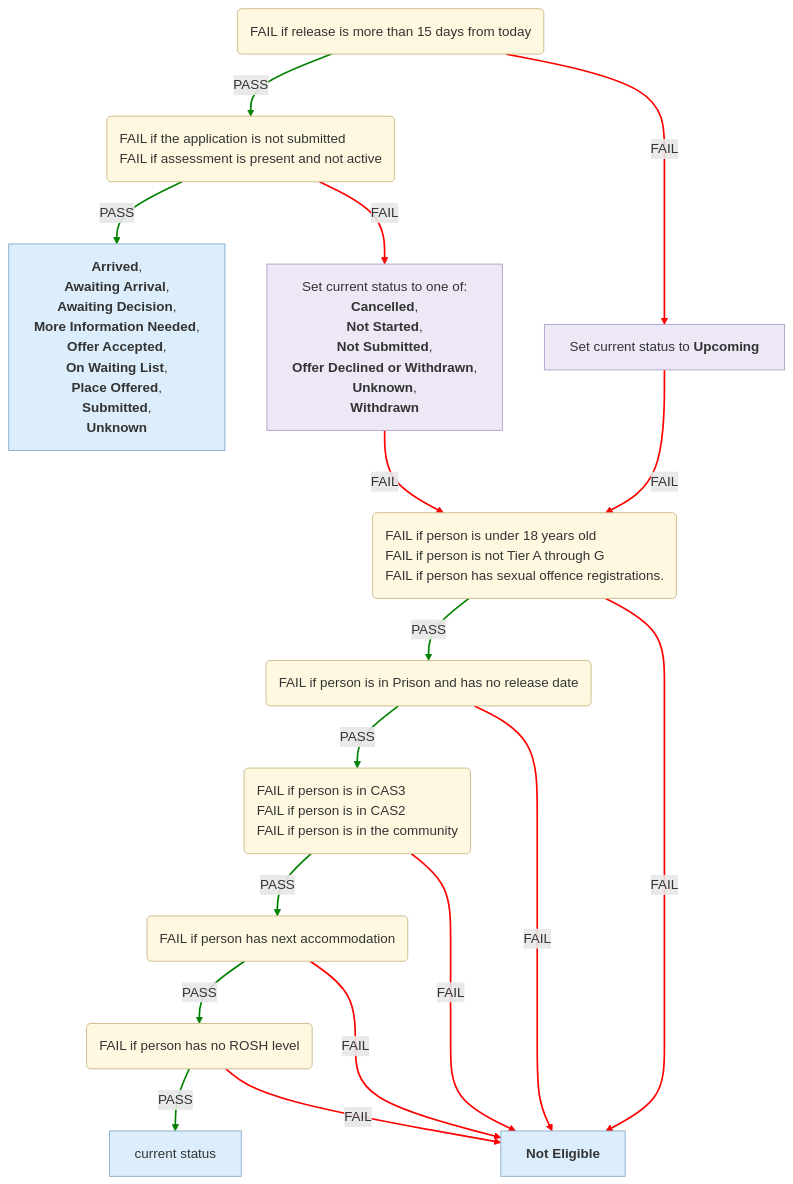
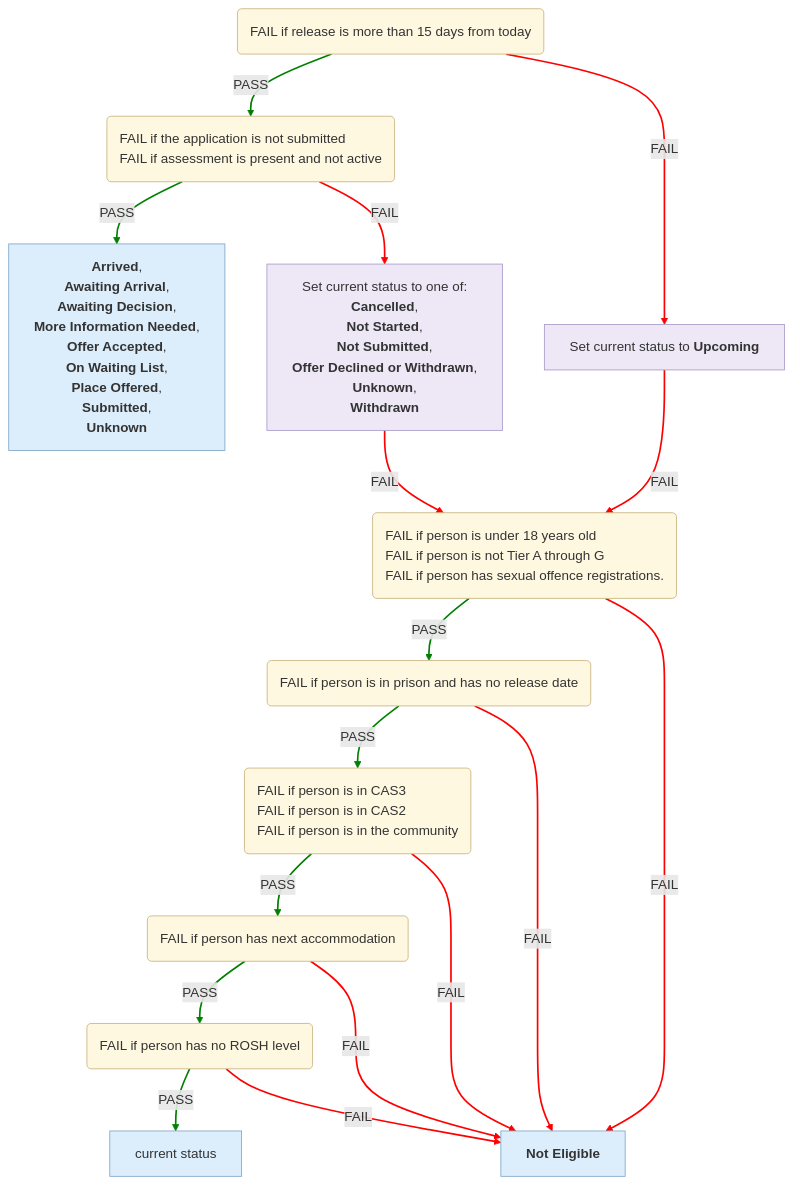
One commit to ministryofjustice/hmpps-single-accommodation-service-api changed the second of 6 diagrams in docs/eligibility-rules-graph.md. Above: the diagram before and after it, drawn with Mermaid. The commit also changed other lines of this file and 15 other files, not shown here.

````diff
--- a/docs/eligibility-rules-graph.md
+++ b/docs/eligibility-rules-graph.md
@@ -135,59 +135,59 @@
 ```mermaid
 %%{init: {"flowchart": {"wrappingWidth": 800}}}%%
 flowchart TD
   Upcoming("<div style='text-align:left'>FAIL if release is more than 15 days from today</div>")
   Suitability("<div style='text-align:left'>FAIL if the application is not submitted
 FAIL if assessment is present and not active</div>")
   outcome_Cas2CompletionContextUpdater["<b>Arrived</b>,
  <b>Awaiting Arrival</b>,
  <b>Awaiting Decision</b>,
  <b>More Information Needed</b>,
  <b>Offer Accepted</b>,
  <b>On Waiting List</b>,
  <b>Place Offered</b>,
  <b>Submitted</b>,
  <b>Unknown</b>"]
   updater_Cas2SuitabilityContextUpdater["Set current status to one of:
 <b>Cancelled</b>,
  <b>Not Started</b>,
  <b>Not Submitted</b>,
  <b>Offer Declined or Withdrawn</b>,
  <b>Unknown</b>,
  <b>Withdrawn</b>"]
   Eligibility_Person("<div style='text-align:left'>FAIL if person is under 18 years old
 FAIL if person is not Tier A through G
 FAIL if person has sexual offence registrations.</div>")
-  Eligibility_Release_Date("<div style='text-align:left'>FAIL if person is in Prison and has no release date</div>")
+  Eligibility_Release_Date("<div style='text-align:left'>FAIL if person is in prison and has no release date</div>")
   Eligibility_Current_Accommodation("<div style='text-align:left'>FAIL if person is in CAS3
 FAIL if person is in CAS2
 FAIL if person is in the community</div>")
   Eligibility_Next_Accommodation("<div style='text-align:left'>FAIL if person has next accommodation</div>")
   Eligibility_Rosh("<div style='text-align:left'>FAIL if person has no ROSH level</div>")
   confirmed["current status"]
   CAS2_NOT_ELIGIBLE["<b>Not Eligible</b>"]
   updater_Cas2UpcomingContextUpdater["Set current status to <b>Upcoming</b>"]
   Suitability -->|PASS| outcome_Cas2CompletionContextUpdater
   Suitability -->|FAIL| updater_Cas2SuitabilityContextUpdater
   Eligibility_Rosh -->|PASS| confirmed
   Eligibility_Rosh -->|FAIL| CAS2_NOT_ELIGIBLE
   Eligibility_Next_Accommodation -->|PASS| Eligibility_Rosh
   Eligibility_Next_Accommodation -->|FAIL| CAS2_NOT_ELIGIBLE
   Eligibility_Current_Accommodation -->|PASS| Eligibility_Next_Accommodation
   Eligibility_Current_Accommodation -->|FAIL| CAS2_NOT_ELIGIBLE
   Eligibility_Release_Date -->|PASS| Eligibility_Current_Accommodation
   Eligibility_Release_Date -->|FAIL| CAS2_NOT_ELIGIBLE
   Eligibility_Person -->|PASS| Eligibility_Release_Date
   Eligibility_Person -->|FAIL| CAS2_NOT_ELIGIBLE
   updater_Cas2SuitabilityContextUpdater -->|FAIL| Eligibility_Person
   Upcoming -->|PASS| Suitability
   Upcoming -->|FAIL| updater_Cas2UpcomingContextUpdater
   updater_Cas2UpcomingContextUpdater -->|FAIL| Eligibility_Person
   linkStyle 0,2,4,6,8,10,13 stroke:green,stroke-width:2px
   linkStyle 1,3,5,7,9,11,12,14,15 stroke:red,stroke-width:2px
   classDef ruleSetNode fill:#FFF8E1,stroke:#C9B37E,color:#333
   classDef outcomeNode fill:#DCEEFB,stroke:#7FA7C9,color:#333
   classDef updaterNode fill:#EDE7F6,stroke:#A99BC9,color:#333
   class Upcoming,Suitability,Eligibility_Person,Eligibility_Release_Date,Eligibility_Current_Accommodation,Eligibility_Next_Accommodation,Eligibility_Rosh ruleSetNode
   class outcome_Cas2CompletionContextUpdater,confirmed,CAS2_NOT_ELIGIBLE outcomeNode
   class updater_Cas2SuitabilityContextUpdater,updater_Cas2UpcomingContextUpdater updaterNode
 ```
````
